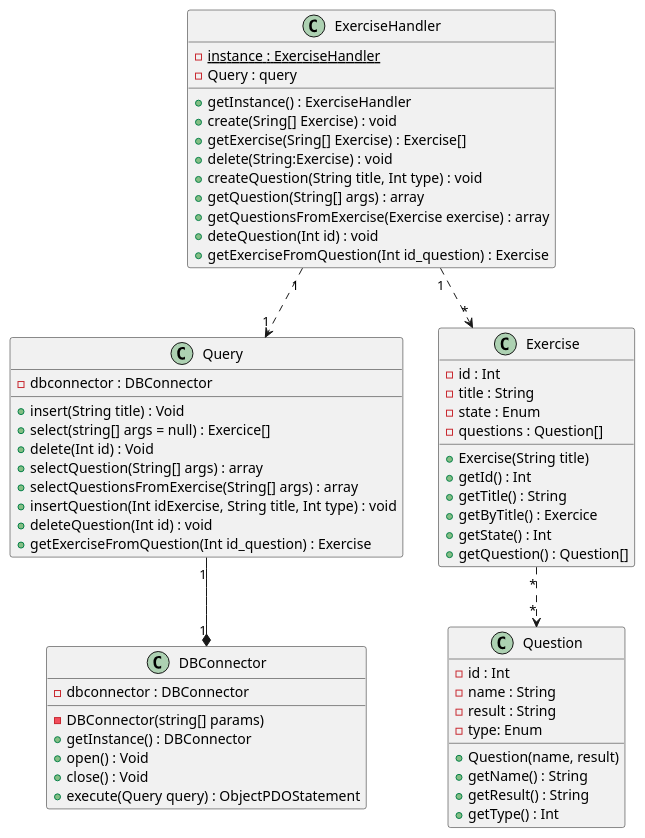
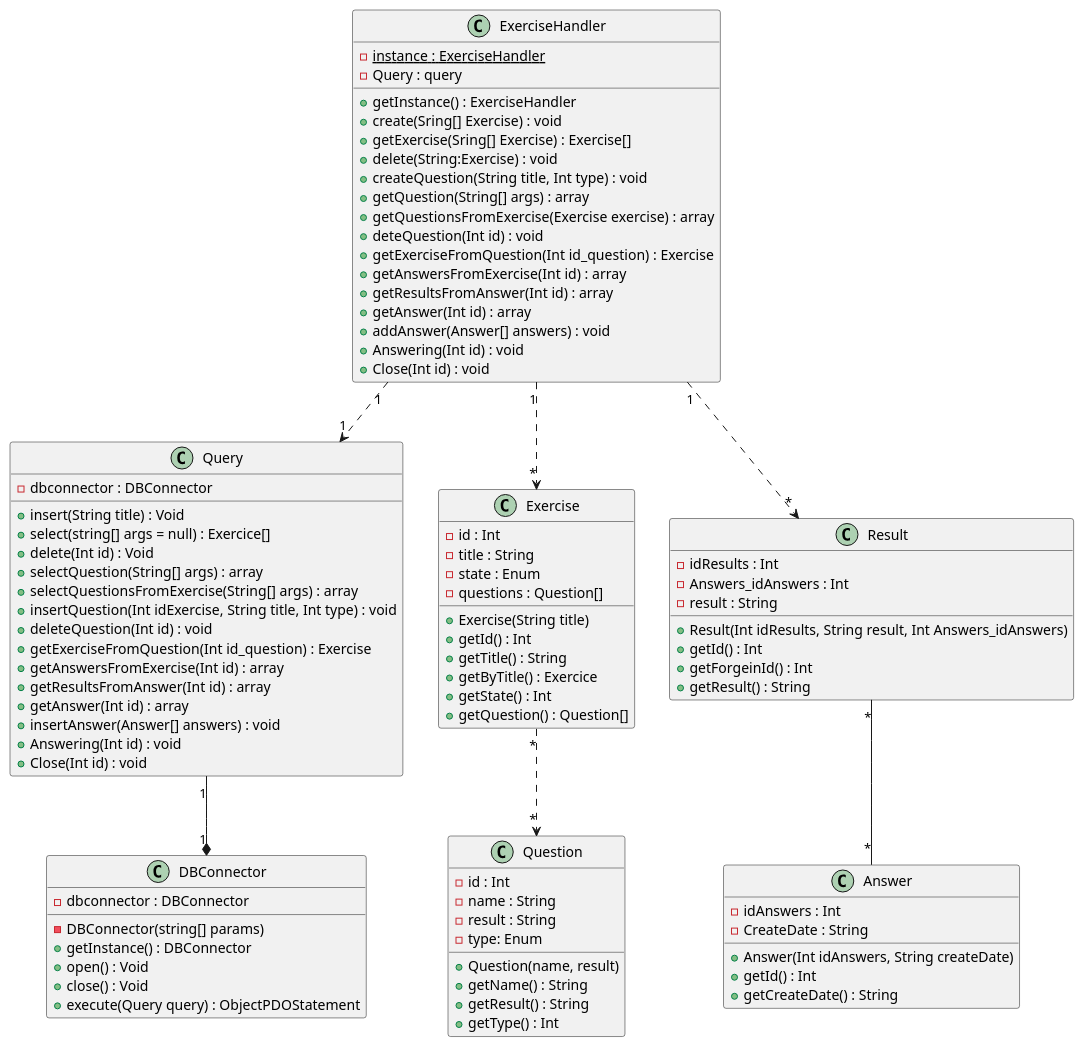
One commit to CPNV-ES/MAW1.1-JLR-JBD changed the diagram in Documentation/ClassDiagram.pu. Above: the diagram before and after it, drawn with PlantUML.

```diff
--- a/Documentation/ClassDiagram.pu
+++ b/Documentation/ClassDiagram.pu
@@ -1,61 +1,93 @@
 @startuml
 class ExerciseHandler{
     {static} -instance : ExerciseHandler 
     -Query : query
     +getInstance() : ExerciseHandler
     +create(Sring[] Exercise) : void 
     +getExercise(Sring[] Exercise) : Exercise[]
     +delete(String:Exercise) : void
     +createQuestion(String title, Int type) : void
     +getQuestion(String[] args) : array
     +getQuestionsFromExercise(Exercise exercise) : array
     +deteQuestion(Int id) : void 
     +getExerciseFromQuestion(Int id_question) : Exercise
+    +getAnswersFromExercise(Int id) : array
+    +getResultsFromAnswer(Int id) : array
+    +getAnswer(Int id) : array 
+    +addAnswer(Answer[] answers) : void
+    +Answering(Int id) : void
+    +Close(Int id) : void
+
 }
 class Query{
     -dbconnector : DBConnector
     +insert(String title) : Void
     +select(string[] args = null) : Exercice[]
     +delete(Int id) : Void
     +selectQuestion(String[] args) : array
     +selectQuestionsFromExercise(String[] args) : array
     +insertQuestion(Int idExercise, String title, Int type) : void
     +deleteQuestion(Int id) : void
     +getExerciseFromQuestion(Int id_question) : Exercise
+    +getAnswersFromExercise(Int id) : array
+    +getResultsFromAnswer(Int id) : array
+    +getAnswer(Int id) : array 
+    +insertAnswer(Answer[] answers) : void
+    +Answering(Int id) : void
+    +Close(Int id) : void
 }
 class Exercise{
     -id : Int
     -title : String
     -state : Enum
     -questions : Question[]
     +Exercise(String title) 
     +getId() : Int
     +getTitle() : String
     +getByTitle() : Exercice
     +getState() : Int 
     +getQuestion() : Question[]
 }
 class DBConnector {
     -dbconnector : DBConnector
     -DBConnector(string[] params)
     +getInstance() : DBConnector
     +open() : Void
     +close() : Void
     +execute(Query query) : ObjectPDOStatement
 }
 class Question{
     -id : Int
     -name : String
     -result : String
     -type: Enum
     +Question(name, result)
     +getName() : String
     +getResult() : String
     +getType() : Int
 }
+class Result{
+-idResults : Int
+-Answers_idAnswers : Int
+-result : String
++Result(Int idResults, String result, Int Answers_idAnswers)
++getId() : Int
++getForgeinId() : Int
++getResult() : String
+}
+
+class Answer{
+-idAnswers : Int
+-CreateDate : String
++Answer(Int idAnswers, String createDate)
++getId() : Int
++getCreateDate() : String
+}
 
 ExerciseHandler "1" ..> "1" Query 
 Query "1" --* "1" DBConnector 
 ExerciseHandler "1" ..> "*" Exercise 
 Exercise "*" ..> "*" Question 
+ExerciseHandler "1" ..> "*" Result
+Result "*" -- "*" Answer
 @enduml
```
